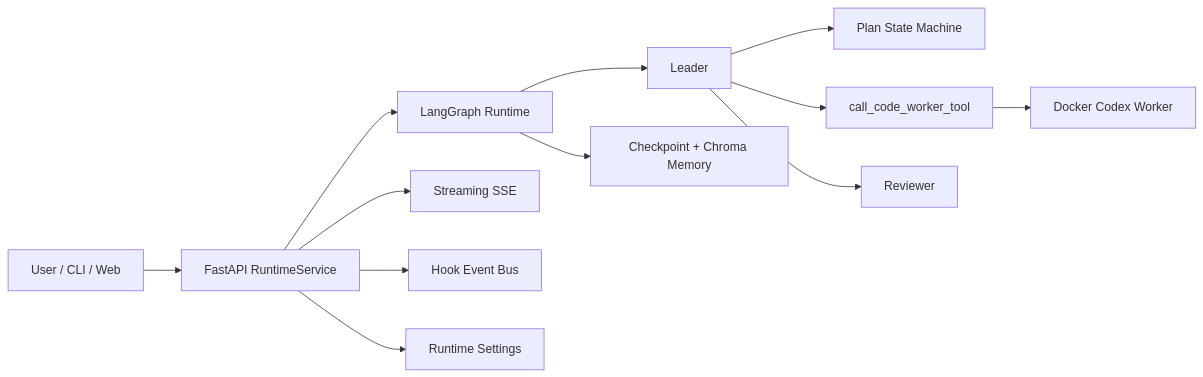
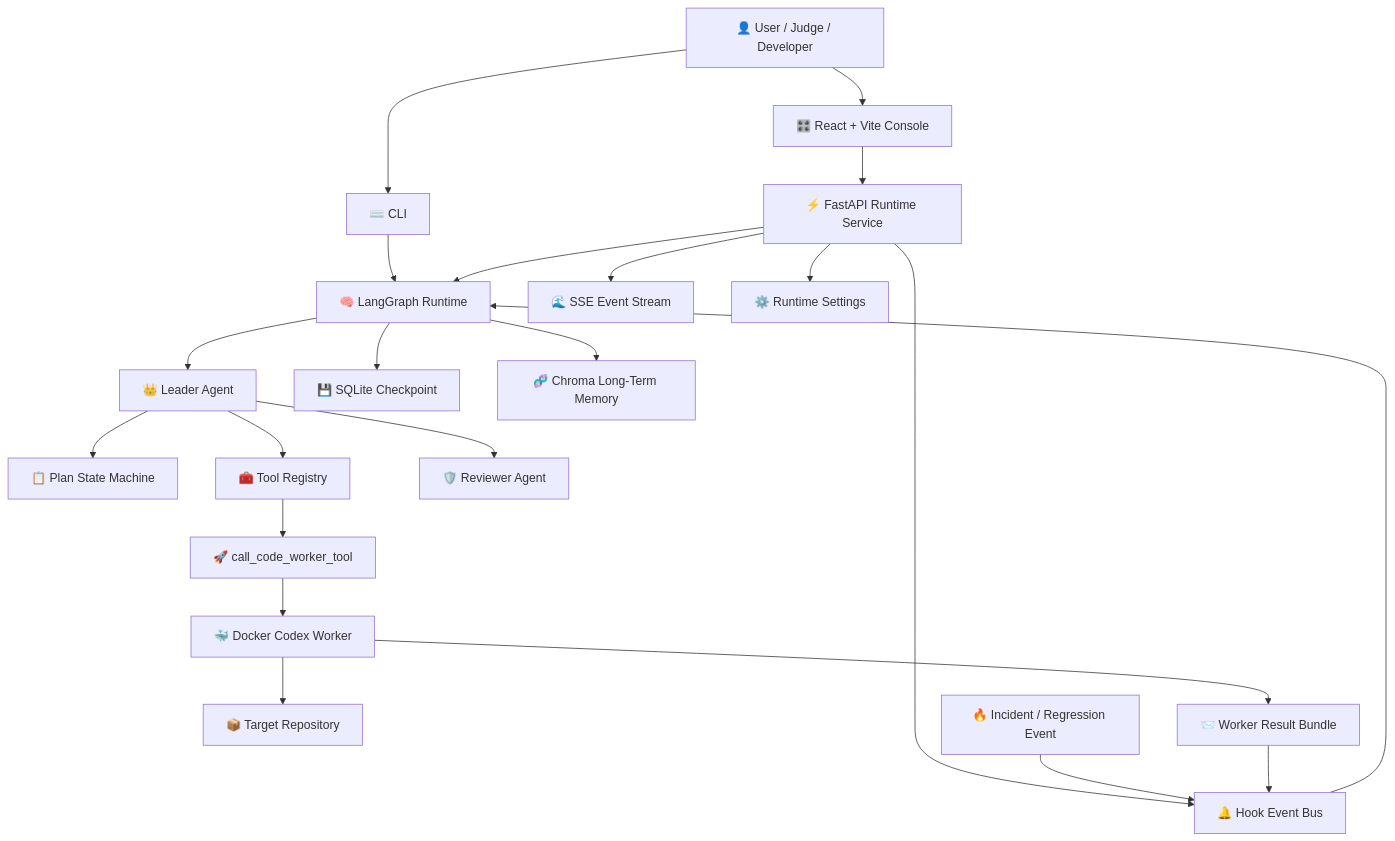
One commit to KKK985429/code-terminator-open changed the first of 4 diagrams in README.md. Above: the diagram before and after it, drawn with Mermaid. The commit also changed other lines of this file and 2 other files, not shown here.

````diff
--- a/README.md
+++ b/README.md
@@ -25,14 +105,31 @@
 ```mermaid
-flowchart LR
-    U[User / CLI / Web] --> API[FastAPI RuntimeService]
-    API --> LG[LangGraph Runtime]
-    LG --> LEADER[Leader]
-    LEADER --> PLAN[Plan State Machine]
-    LEADER --> WTOOL[call_code_worker_tool]
-    LEADER --> REVIEW[Reviewer]
-    WTOOL --> DKR[Docker Codex Worker]
-    API --> SSE[Streaming SSE]
-    API --> HOOK[Hook Event Bus]
-    LG --> MEM[Checkpoint + Chroma Memory]
-    API --> CFG[Runtime Settings]
+flowchart TB
+    USER["👤 User / Judge / Developer"] --> WEB["🎛️ React + Vite Console"]
+    USER --> CLI["⌨️ CLI"]
+
+    WEB --> API["⚡ FastAPI Runtime Service"]
+    CLI --> GRAPH["🧠 LangGraph Runtime"]
+    API --> GRAPH
+
+    GRAPH --> LEADER["👑 Leader Agent"]
+    LEADER --> PLAN["📋 Plan State Machine"]
+    LEADER --> TOOLS["🧰 Tool Registry"]
+    LEADER --> REVIEWER["🛡️ Reviewer Agent"]
+
+    TOOLS --> WORKER_TOOL["🚀 call_code_worker_tool"]
+    WORKER_TOOL --> DOCKER["🐳 Docker Codex Worker"]
+    DOCKER --> REPO["📦 Target Repository"]
+
+    API --> SSE["🌊 SSE Event Stream"]
+    API --> SETTINGS["⚙️ Runtime Settings"]
+    API --> HOOK["🔔 Hook Event Bus"]
+
+    GRAPH --> CHECKPOINT["💾 SQLite Checkpoint"]
+    GRAPH --> MEMORY["🧬 Chroma Long-Term Memory"]
+
+    INCIDENT["🔥 Incident / Regression Event"] --> HOOK
+    HOOK --> GRAPH
+
+    DOCKER --> RESULT["📨 Worker Result Bundle"]
+    RESULT --> HOOK
 ```
````
